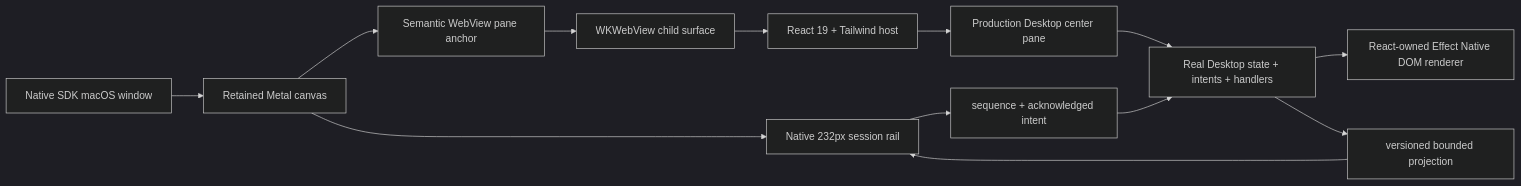
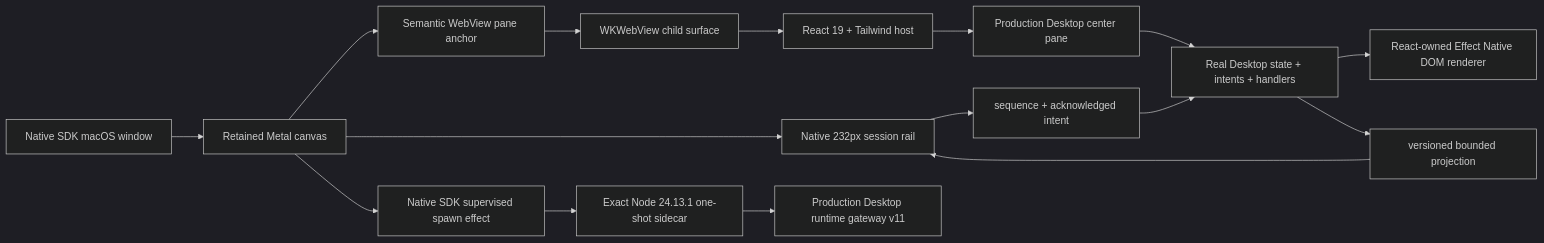
The first of 2 diagrams in docs/sol/2026-07-14-vercel-native-sdk-effect-native-desktop-audit.md (OpenAgentsInc/openagents), drawn with Mermaid (dark theme) before and after one commit. The commit also changed other lines of this file and 19 other files, not shown here.

Commit message:
feat: bootstrap Desktop services in Native SDK

````diff
--- a/docs/sol/2026-07-14-vercel-native-sdk-effect-native-desktop-audit.md
+++ b/docs/sol/2026-07-14-vercel-native-sdk-effect-native-desktop-audit.md
@@ -84,15 +85,18 @@
 ```mermaid
 flowchart LR
   NS["Native SDK macOS window"] --> Canvas["Retained Metal canvas"]
   Canvas --> Chrome["Native 232px session rail"]
   Canvas --> Anchor["Semantic WebView pane anchor"]
   Anchor --> WV["WKWebView child surface"]
   WV --> React["React 19 + Tailwind host"]
   React --> EN["Production Desktop center pane"]
   EN --> Program["Real Desktop state + intents + handlers"]
   Program --> DOM["React-owned Effect Native DOM renderer"]
+  Canvas --> FX["Native SDK supervised spawn effect"]
+  FX --> Node["Exact Node 24.13.1 one-shot sidecar"]
+  Node --> Gateway["Production Desktop runtime gateway v11"]
   Chrome --> Pull["sequence + acknowledged intent"]
   Pull --> Program
   Program --> Projection["versioned bounded projection"]
   Projection --> Chrome
 ```
````
